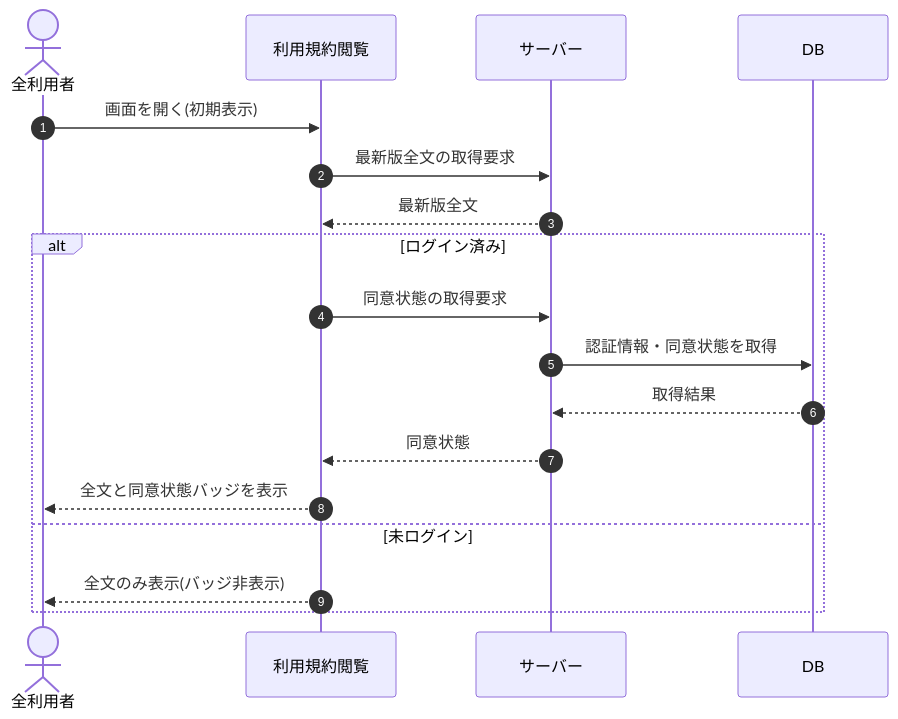
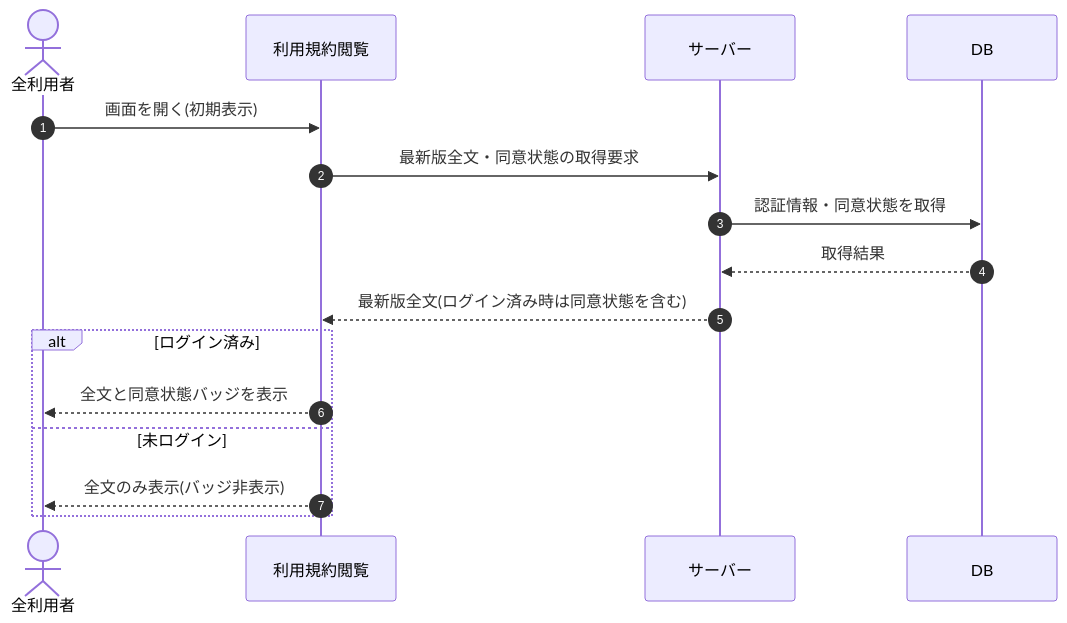
Before and after one commit to sikakou54/open-faq: the diagram in 02_basic_design/03_sequences/SEQ-051.md, drawn with Mermaid. The commit also changed other lines of this file and 29 other files, not shown here.

````diff
--- a/02_basic_design/03_sequences/SEQ-051.md
+++ b/02_basic_design/03_sequences/SEQ-051.md
@@ -15,20 +15,18 @@
 ```mermaid
 sequenceDiagram
   autonumber
   actor U as 全利用者
   participant Screen as 利用規約閲覧
   participant Server as サーバー
   participant DB as DB
   U->>Screen: 画面を開く(初期表示)
-  Screen->>Server: 最新版全文の取得要求
-  Server-->>Screen: 最新版全文
+  Screen->>Server: 最新版全文・同意状態の取得要求
+  Server->>DB: 認証情報・同意状態を取得
+  DB-->>Server: 取得結果
+  Server-->>Screen: 最新版全文(ログイン済み時は同意状態を含む)
   alt ログイン済み
-    Screen->>Server: 同意状態の取得要求
-    Server->>DB: 認証情報・同意状態を取得
-    DB-->>Server: 取得結果
-    Server-->>Screen: 同意状態
     Screen-->>U: 全文と同意状態バッジを表示
   else 未ログイン
     Screen-->>U: 全文のみ表示(バッジ非表示)
   end
 ```
````
